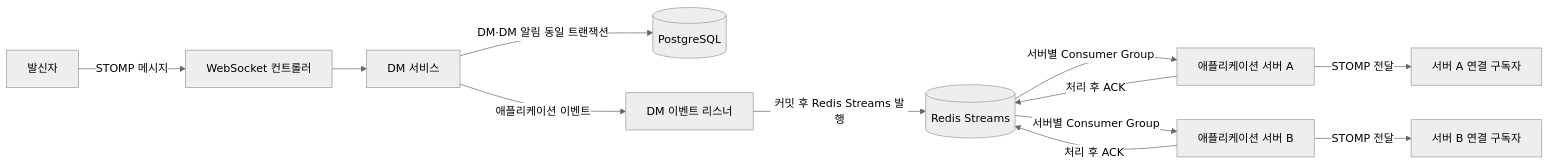
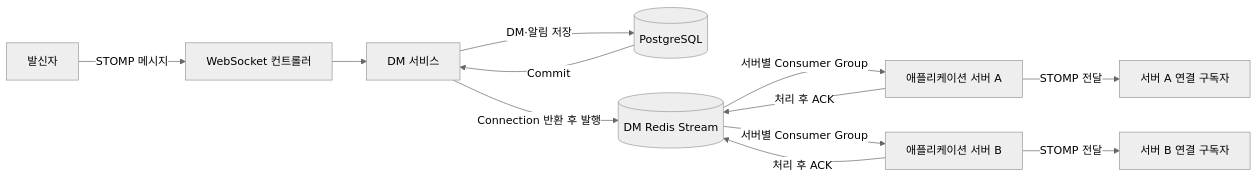
One commit to HOGUN00/otboo-advance changed the diagram in README.md. Above: the diagram before and after it, drawn with Mermaid (neutral theme). The commit also changed other lines of this file, not shown here.

````diff
--- a/README.md
+++ b/README.md
@@ -32,18 +32,18 @@
 ```mermaid
 flowchart LR
     Sender[발신자] -->|STOMP 메시지| WS[WebSocket 컨트롤러]
     WS --> Service[DM 서비스]
 
-    Service -->|DM·DM 알림 동일 트랜잭션| DB[(PostgreSQL)]
-    Service -->|애플리케이션 이벤트| Listener[DM 이벤트 리스너]
-    Listener -->|커밋 후 Redis Streams 발행| Stream[(Redis Streams)]
+    Service -->|DM·알림 저장| DB[(PostgreSQL)]
+    DB -->|Commit| Service
+    Service -->|Connection 반환 후 발행| Stream[(DM Redis Stream)]
 
     Stream -->|서버별 Consumer Group| App1[애플리케이션 서버 A]
     Stream -->|서버별 Consumer Group| App2[애플리케이션 서버 B]
 
     App1 -->|STOMP 전달| Receiver1[서버 A 연결 구독자]
     App2 -->|STOMP 전달| Receiver2[서버 B 연결 구독자]
 
     App1 -->|처리 후 ACK| Stream
     App2 -->|처리 후 ACK| Stream
 ```
````
